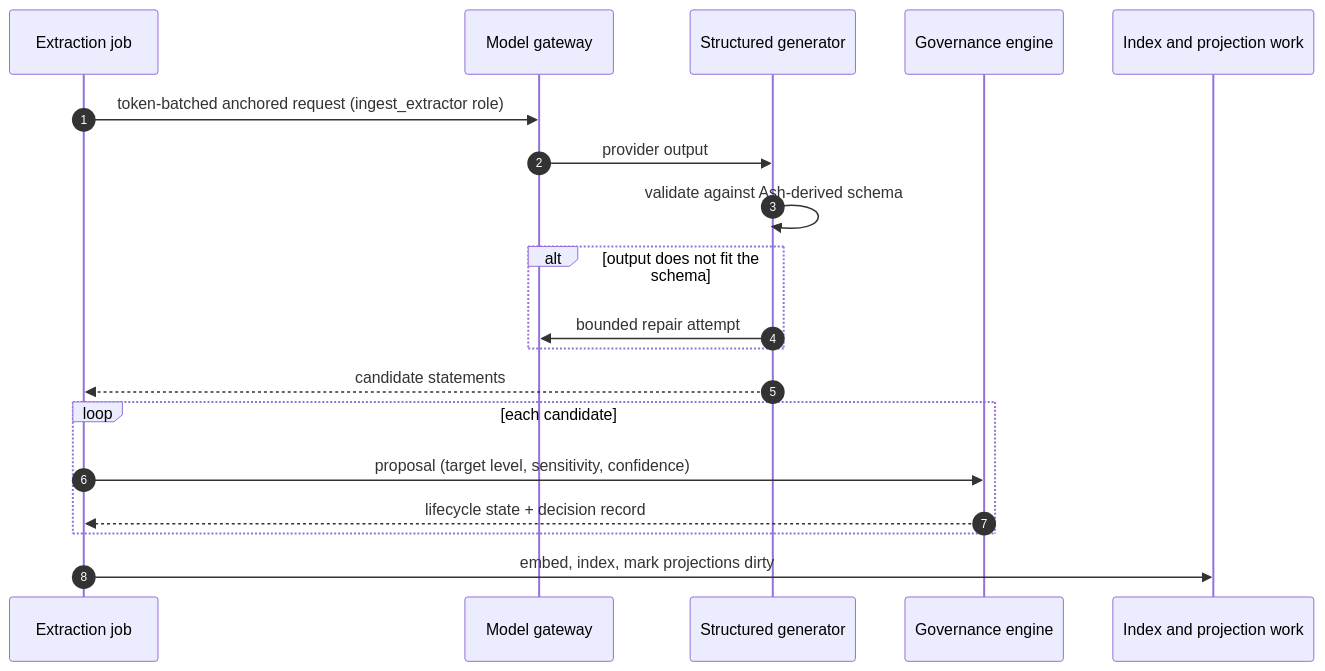
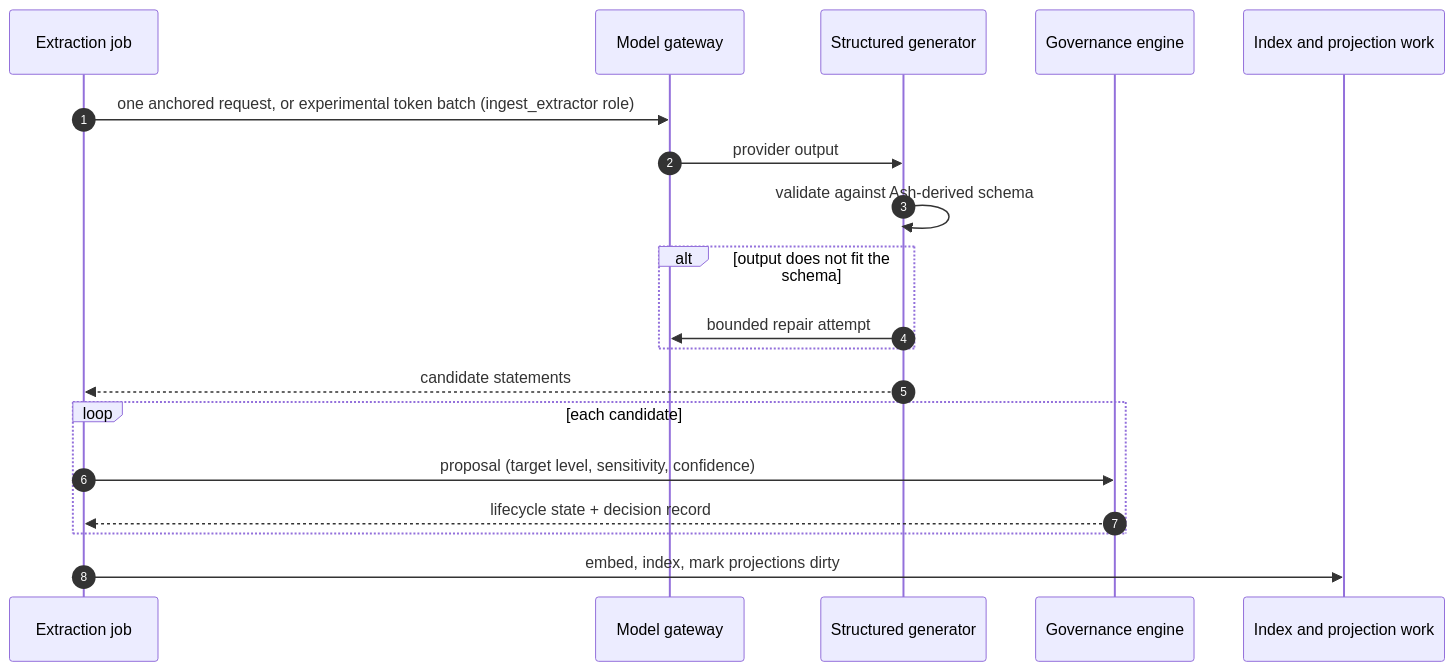
The second of 3 diagrams in docs/concepts/ingest-pipeline.md (memhousehq/memhouse), drawn with Mermaid before and after one commit. The commit also changed other lines of this file and 11 other files, not shown here.

Commit message:
Gate experimental batch and idle execution by default

````diff
--- a/docs/concepts/ingest-pipeline.md
+++ b/docs/concepts/ingest-pipeline.md
@@ -51,22 +51,22 @@
 ```mermaid
 sequenceDiagram
     autonumber
     participant J as Extraction job
     participant G as Model gateway
     participant S as Structured generator
     participant GOV as Governance engine
     participant IDX as Index and projection work
 
-    J->>G: token-batched anchored request (ingest_extractor role)
+    J->>G: one anchored request, or experimental token batch (ingest_extractor role)
     G->>S: provider output
     S->>S: validate against Ash-derived schema
     alt output does not fit the schema
         S->>G: bounded repair attempt
     end
     S-->>J: candidate statements
     loop each candidate
         J->>GOV: proposal (target level, sensitivity, confidence)
         GOV-->>J: lifecycle state + decision record
     end
     J->>IDX: embed, index, mark projections dirty
 ```
````
